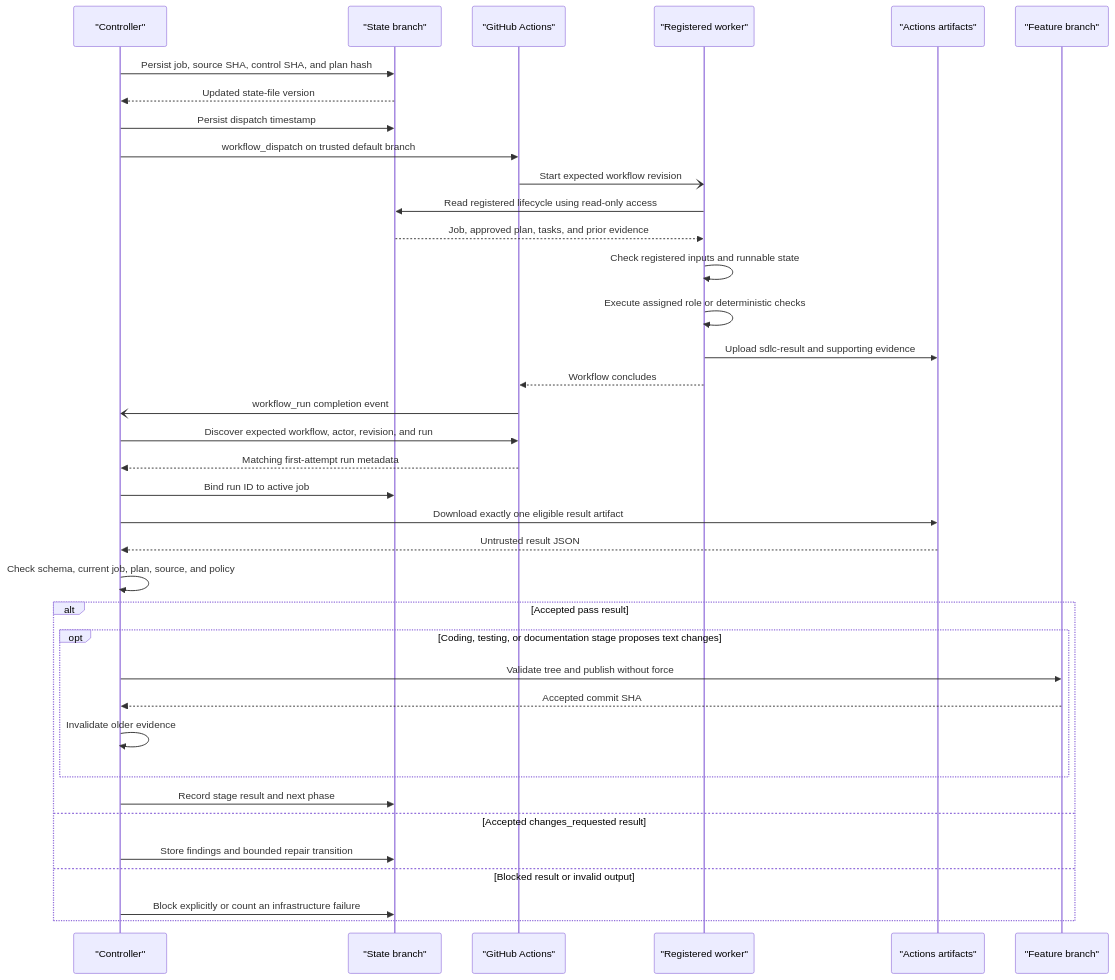
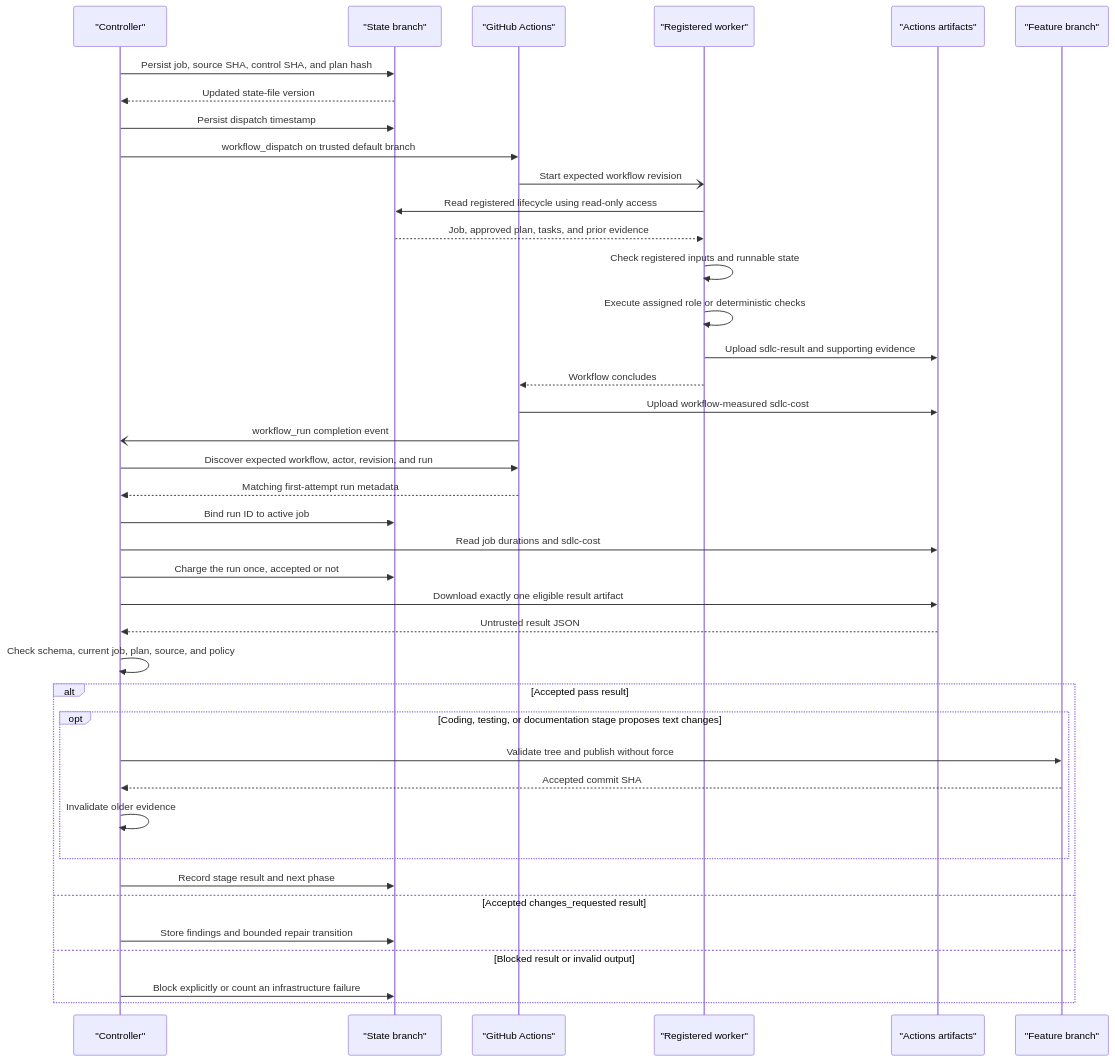
Before and after one commit to dav1dc-cs-test-org/agentic-sdlc-prototype: the fourth of 7 diagrams in docs/architecture.md, drawn with Mermaid. The commit also changed other lines of this file and 10 other files, not shown here.

Commit message:
Add cost accounting for actions minutes and AIC's to the agentic SDLC system, version 0.6

````diff
--- a/docs/architecture.md
+++ b/docs/architecture.md
@@ -281,40 +281,43 @@
 ```mermaid
 sequenceDiagram
   participant HwControl as "Controller"
   participant HwState as "State branch"
   participant HwActions as "GitHub Actions"
   participant HwWorker as "Registered worker"
   participant HwArtifacts as "Actions artifacts"
   participant HwBranch as "Feature branch"
 
   HwControl->>HwState: Persist job, source SHA, control SHA, and plan hash
   HwState-->>HwControl: Updated state-file version
   HwControl->>HwState: Persist dispatch timestamp
   HwControl->>HwActions: workflow_dispatch on trusted default branch
   HwActions-)HwWorker: Start expected workflow revision
   HwWorker->>HwState: Read registered lifecycle using read-only access
   HwState-->>HwWorker: Job, approved plan, tasks, and prior evidence
   HwWorker->>HwWorker: Check registered inputs and runnable state
   HwWorker->>HwWorker: Execute assigned role or deterministic checks
   HwWorker->>HwArtifacts: Upload sdlc-result and supporting evidence
   HwWorker-->>HwActions: Workflow concludes
+  HwActions->>HwArtifacts: Upload workflow-measured sdlc-cost
   HwActions-)HwControl: workflow_run completion event
   HwControl->>HwActions: Discover expected workflow, actor, revision, and run
   HwActions-->>HwControl: Matching first-attempt run metadata
   HwControl->>HwState: Bind run ID to active job
+  HwControl->>HwArtifacts: Read job durations and sdlc-cost
+  HwControl->>HwState: Charge the run once, accepted or not
   HwControl->>HwArtifacts: Download exactly one eligible result artifact
   HwArtifacts-->>HwControl: Untrusted result JSON
   HwControl->>HwControl: Check schema, current job, plan, source, and policy
     alt Accepted pass result
         opt Coding, testing, or documentation stage proposes text changes
       HwControl->>HwBranch: Validate tree and publish without force
       HwBranch-->>HwControl: Accepted commit SHA
       HwControl->>HwControl: Invalidate older evidence
         end
     HwControl->>HwState: Record stage result and next phase
     else Accepted changes_requested result
     HwControl->>HwState: Store findings and bounded repair transition
     else Blocked result or invalid output
     HwControl->>HwState: Block explicitly or count an infrastructure failure
     end
 ```
````
